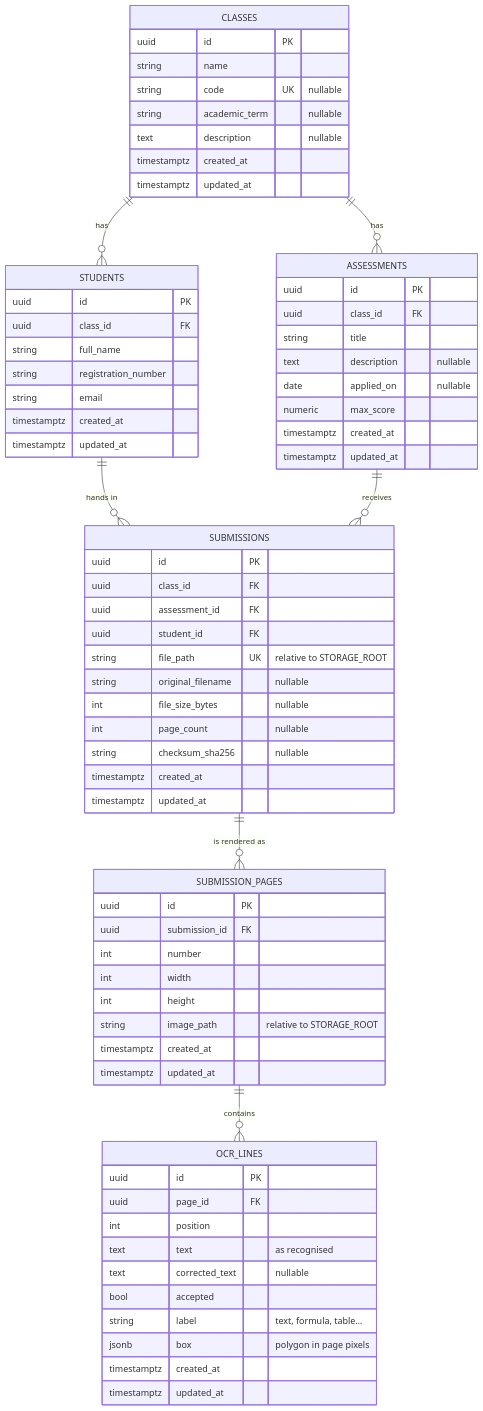
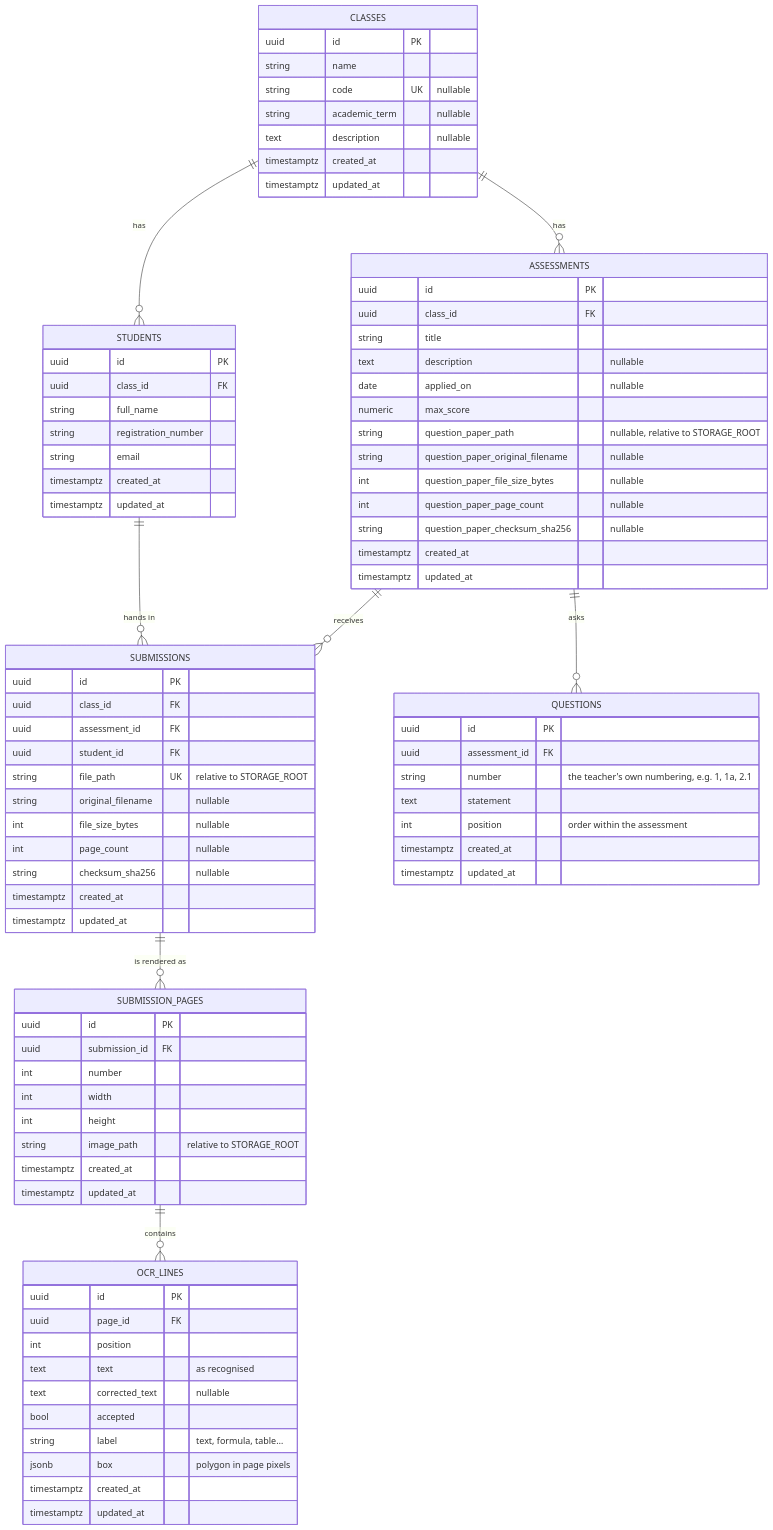
Before and after one commit to luisfilipeap/GradeMate: the diagram in README.md, drawn with Mermaid. The commit also changed other lines of this file and 62 other files, not shown here.

```diff
--- a/README.md
+++ b/README.md
@@ -31,6 +31,7 @@
     CLASSES ||--o{ ASSESSMENTS : "has"
     STUDENTS ||--o{ SUBMISSIONS : "hands in"
     ASSESSMENTS ||--o{ SUBMISSIONS : "receives"
+    ASSESSMENTS ||--o{ QUESTIONS : "asks"
     SUBMISSIONS ||--o{ SUBMISSION_PAGES : "is rendered as"
     SUBMISSION_PAGES ||--o{ OCR_LINES : "contains"
 
@@ -59,6 +60,20 @@
         text description "nullable"
         date applied_on "nullable"
         numeric max_score
+        string question_paper_path "nullable, relative to STORAGE_ROOT"
+        string question_paper_original_filename "nullable"
+        int question_paper_file_size_bytes "nullable"
+        int question_paper_page_count "nullable"
+        string question_paper_checksum_sha256 "nullable"
+        timestamptz created_at
+        timestamptz updated_at
+    }
+    QUESTIONS {
+        uuid id PK
+        uuid assessment_id FK
+        string number "the teacher's own numbering, e.g. 1, 1a, 2.1"
+        text statement
+        int position "order within the assessment"
         timestamptz created_at
         timestamptz updated_at
     }
```
